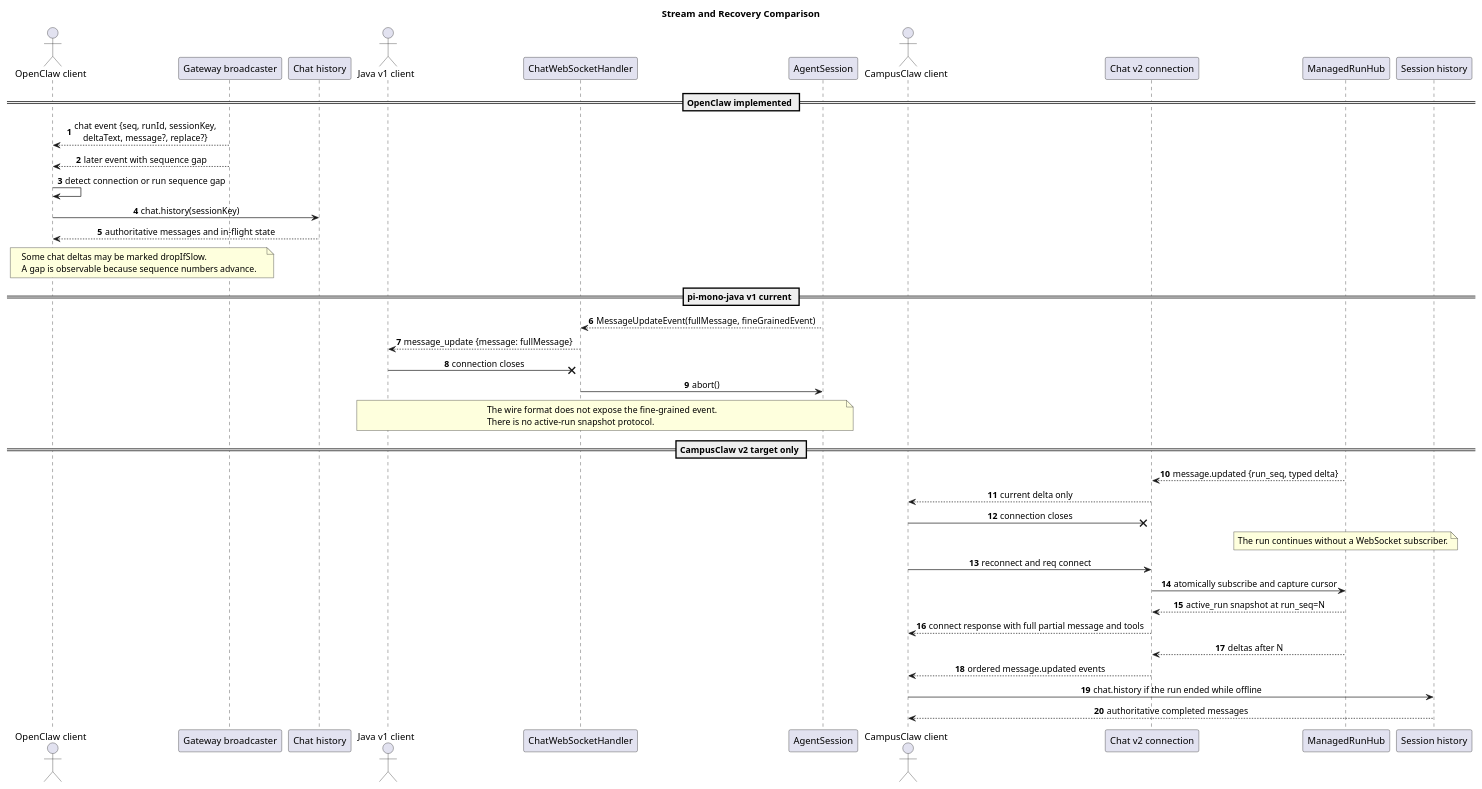
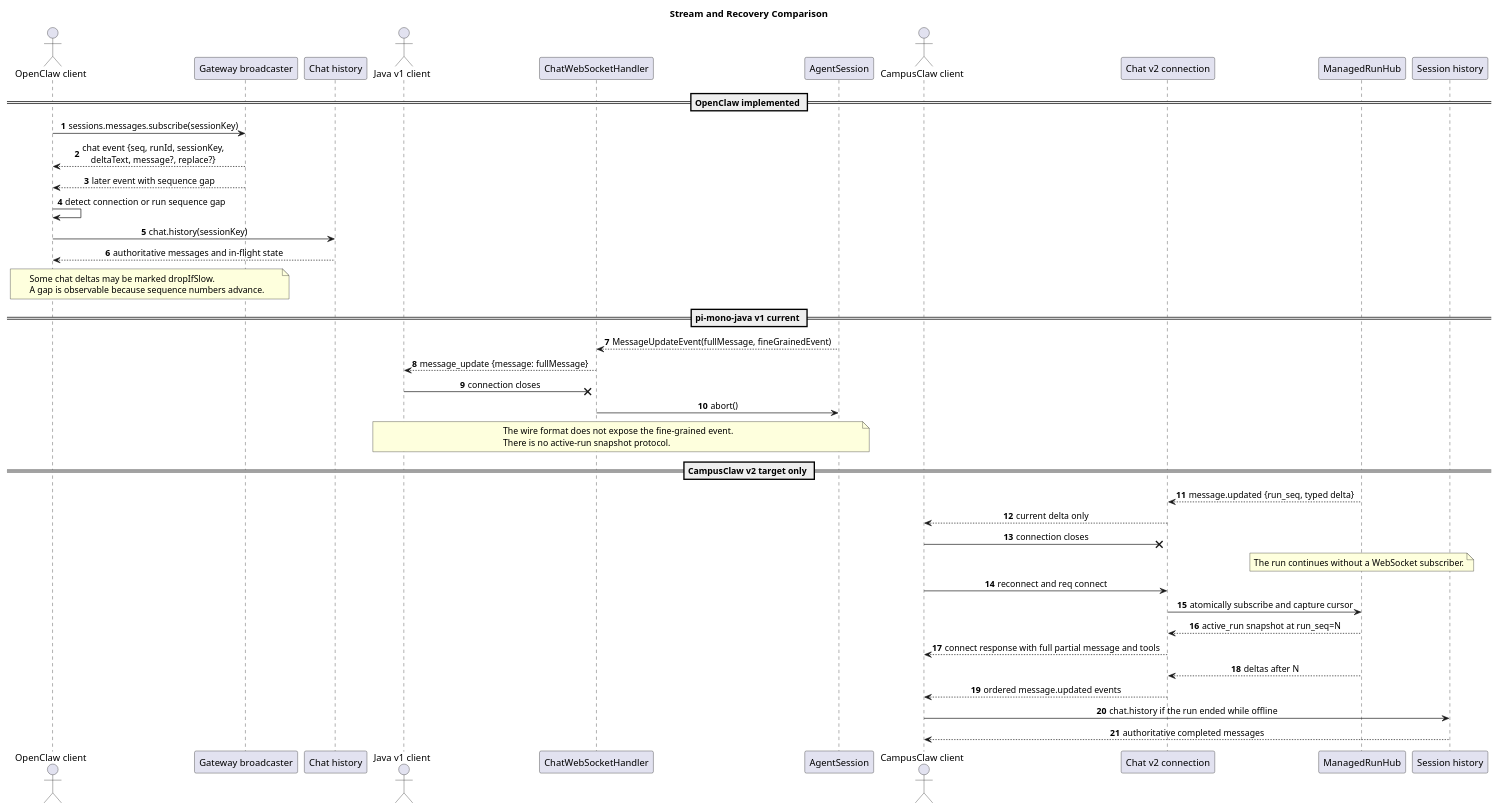
One commit to superheromeZzh/pi-mono-java-design changed the third of 4 diagrams in openclaw-campusclaw-websocket-comparison/diagram.puml. Above: the diagram before and after it, drawn with PlantUML. The commit also changed other lines of this file and 13 other files, not shown here.

Commit message:
docs(agent): align websocket v2 with OpenClaw v4

```diff
--- a/openclaw-campusclaw-websocket-comparison/diagram.puml
+++ b/openclaw-campusclaw-websocket-comparison/diagram.puml
@@ -152,72 +154,72 @@
 @startuml websocket_stream_recovery_comparison
 title Stream and Recovery Comparison
 
-' OpenClaw baseline: 91dca69dae23d3bdeff5aefb8400249a04216039
-' Source: src/gateway/server-chat.ts (resolveBroadcastDelta, emitChatDelta, sequence gap handling)
+' OpenClaw baseline: b015925bc30f6a8363f290b07d5f8588e21422b8, Gateway Protocol v4
+' Source: src/gateway/server-chat.ts (resolveBroadcastDelta, emitChatDelta)
 ' Source: src/gateway/server-broadcast.ts (createGatewayBroadcaster, per-client seq, slow consumers)
-' Source: ui/src/pages/chat/chat-gateway.ts (resolveAssistantTextFromChatEvent)
-' Source: ui/src/app/gateway-store.ts (sequence gap reconnect)
-' Source: docs/gateway/clients.md (recovery, chat.history, inFlightRun)
+' Source: docs/gateway/protocol.md (sessions.messages.subscribe)
+' Source: docs/gateway/clients.md (re-subscribe, chat.history, inFlightRun)
 ' pi-mono-java baseline: 1f7a5423219edfa4519d8719f1cc8a188ed72873
 ' Source: modules/coding-agent-cli/src/main/java/com/campusclaw/codingagent/mode/server/ChatWebSocketHandler.java (mapEventToJson, close handling)
 ' Target source: pi-mono-java-manager-driven-multi-agent-runtime/README.md (ManagedRunHub)
 ' Target source: pi-mono-java-manager-driven-multi-agent-runtime/chat-ws-v2.asyncapi.yaml
 ' Observed behavior: OpenClaw clients recover from sequence gaps by reconnecting and reloading authoritative state.
 ' Current Java behavior: message_update sends the accumulated message and disconnect aborts streaming.
 ' Target design: ManagedRunHub owns the run and atomically returns a snapshot plus a post-cursor stream.
 ' Design reason: network connection lifetime must not define model run lifetime.
 
 skinparam backgroundColor #FFFFFF
 skinparam shadowing false
 skinparam sequenceMessageAlign center
 skinparam defaultFontName Arial
 autonumber
 
 actor "OpenClaw client" as OC
 participant "Gateway broadcaster" as OGB
 participant "Chat history" as OCH
 actor "Java v1 client" as JVC
 participant "ChatWebSocketHandler" as JWH
 participant "AgentSession" as JAS
 actor "CampusClaw client" as CCC
 participant "Chat v2 connection" as CCW
 participant "ManagedRunHub" as MRH
 participant "Session history" as CCH
 
 == OpenClaw implemented ==
+OC -> OGB : sessions.messages.subscribe(sessionKey)
 OGB --> OC : chat event {seq, runId, sessionKey,\ndeltaText, message?, replace?}
 OGB --> OC : later event with sequence gap
 OC -> OC : detect connection or run sequence gap
 OC -> OCH : chat.history(sessionKey)
 OCH --> OC : authoritative messages and in-flight state
 note over OC,OGB
 Some chat deltas may be marked dropIfSlow.
 A gap is observable because sequence numbers advance.
 end note
 
 == pi-mono-java v1 current ==
 JAS --> JWH : MessageUpdateEvent(fullMessage, fineGrainedEvent)
 JWH --> JVC : message_update {message: fullMessage}
 JVC -x JWH : connection closes
 JWH -> JAS : abort()
 note over JVC,JAS
 The wire format does not expose the fine-grained event.
 There is no active-run snapshot protocol.
 end note
 
 == CampusClaw v2 target only ==
 MRH --> CCW : message.updated {run_seq, typed delta}
 CCW --> CCC : current delta only
 CCC -x CCW : connection closes
 note over MRH
 The run continues without a WebSocket subscriber.
 end note
 CCC -> CCW : reconnect and req connect
 CCW -> MRH : atomically subscribe and capture cursor
 MRH --> CCW : active_run snapshot at run_seq=N
 CCW --> CCC : connect response with full partial message and tools
 MRH --> CCW : deltas after N
 CCW --> CCC : ordered message.updated events
 CCC -> CCH : chat.history if the run ended while offline
 CCH --> CCC : authoritative completed messages
 @enduml
```
